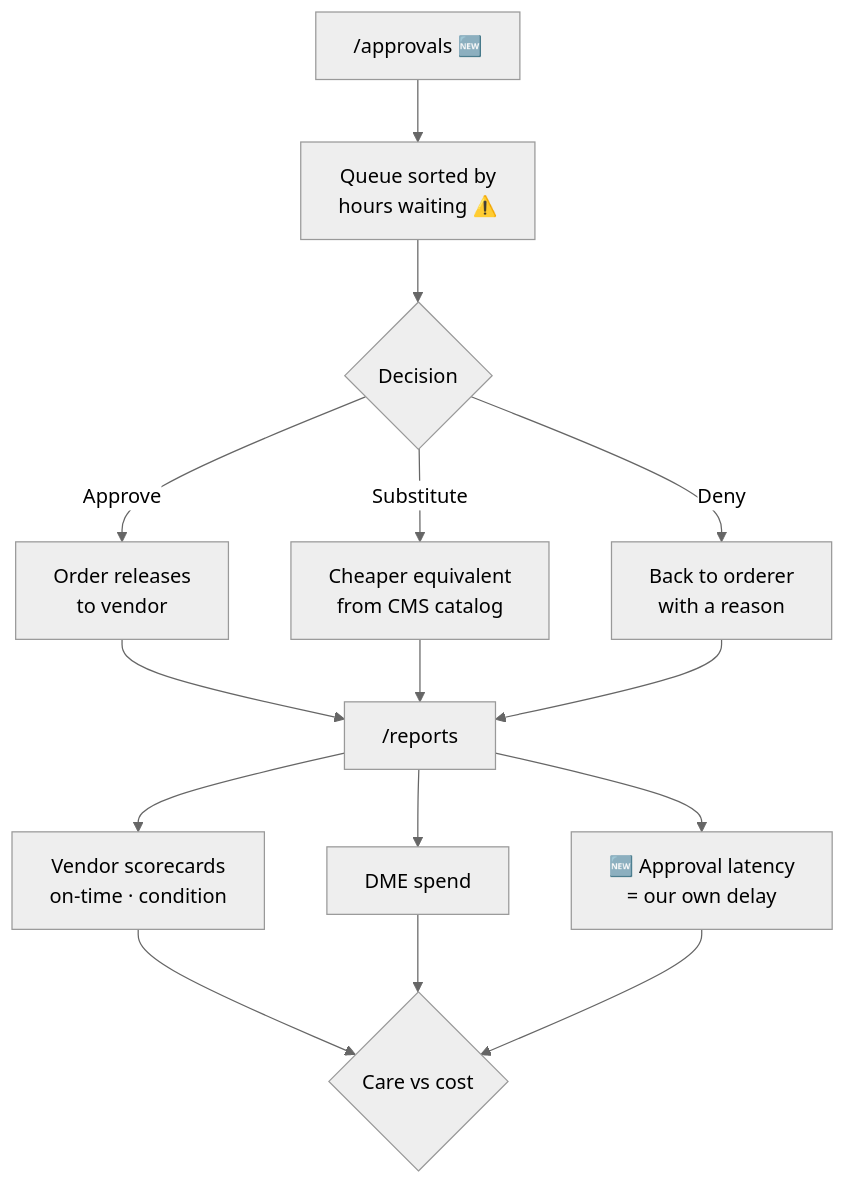
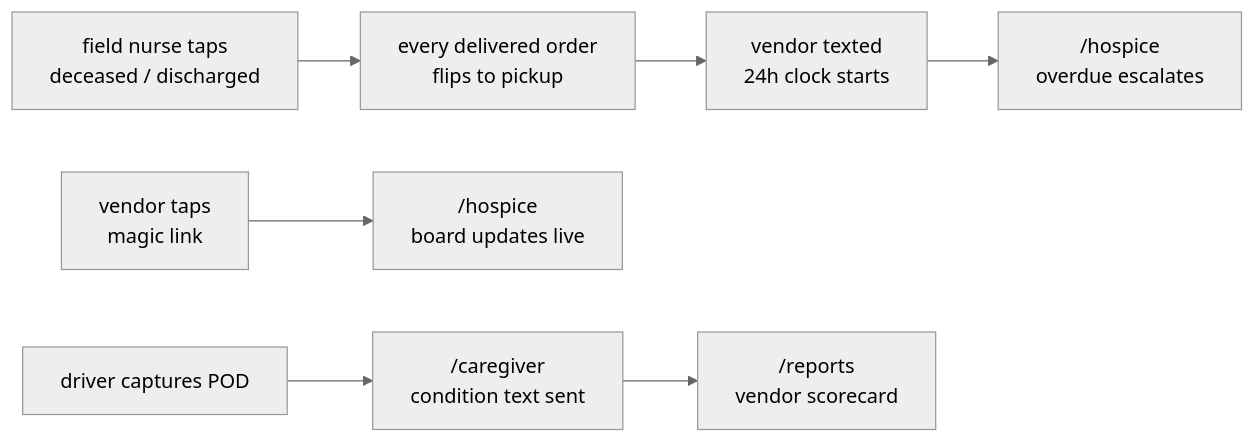
Before and after one commit to kr3wangel/betterrx-hackathon-2026: the sixth of 6 diagrams in docs/UX-FLOWS.md, drawn with Mermaid (neutral theme). The commit also changed other lines of this file, not shown here.

````diff
--- a/docs/UX-FLOWS.md
+++ b/docs/UX-FLOWS.md
@@ -255,17 +201,18 @@
 ```mermaid
-flowchart TB
-  A["/approvals 🆕"] --> B["Queue sorted by<br/>hours waiting ⚠️"]
-  B --> C{"Decision"}
-  C -->|Approve| D["Order releases<br/>to vendor"]
-  C -->|"Substitute"| E["Cheaper equivalent<br/>from CMS catalog"]
-  C -->|Deny| F["Back to orderer<br/>with a reason"]
-  D --> G["/reports"]
-  E --> G
-  F --> G
-  G --> H["Vendor scorecards<br/>on-time · condition"]
-  G --> I["DME spend"]
-  G --> J["🆕 Approval latency<br/>= our own delay"]
-  H --> K{"Care vs cost"}
-  I --> K
-  J --> K
+graph LR
+  N["field nurse taps<br/>deceased / discharged"]
+  P["every delivered order<br/>flips to pickup"]
+  T["vendor texted<br/>24h clock starts"]
+  E["/hospice<br/>overdue escalates"]
+  V["vendor taps<br/>magic link"]
+  B["/hospice<br/>board updates live"]
+  D["driver captures POD"]
+  C["/caregiver<br/>condition text sent"]
+  R["/reports<br/>vendor scorecard"]
+  N --> P
+  P --> T
+  T --> E
+  V --> B
+  D --> C
+  C --> R
 ```
````
